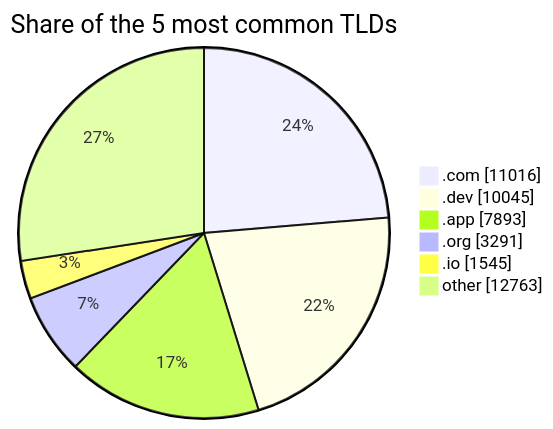
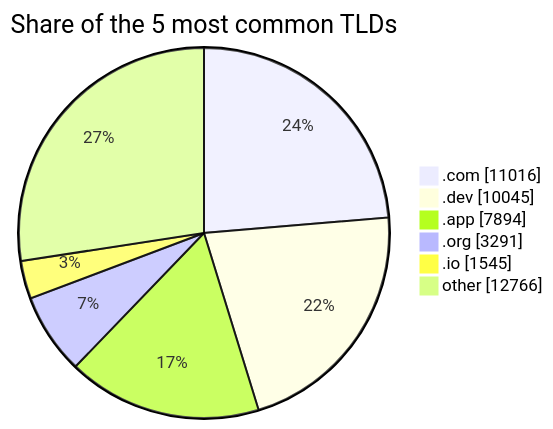
One commit to DNSBunker/CTI changed the third of 3 diagrams in README.md. Above: the diagram before and after it, drawn with Mermaid. The commit also changed other lines of this file and 3 other files, not shown here.

````diff
--- a/README.md
+++ b/README.md
@@ -81,9 +81,9 @@
 ```mermaid
 pie showData title Share of the 5 most common TLDs
     ".com" : 11016
     ".dev" : 10045
-    ".app" : 7893
+    ".app" : 7894
     ".org" : 3291
     ".io" : 1545
-    "other" : 12763
+    "other" : 12766
 ```
````
